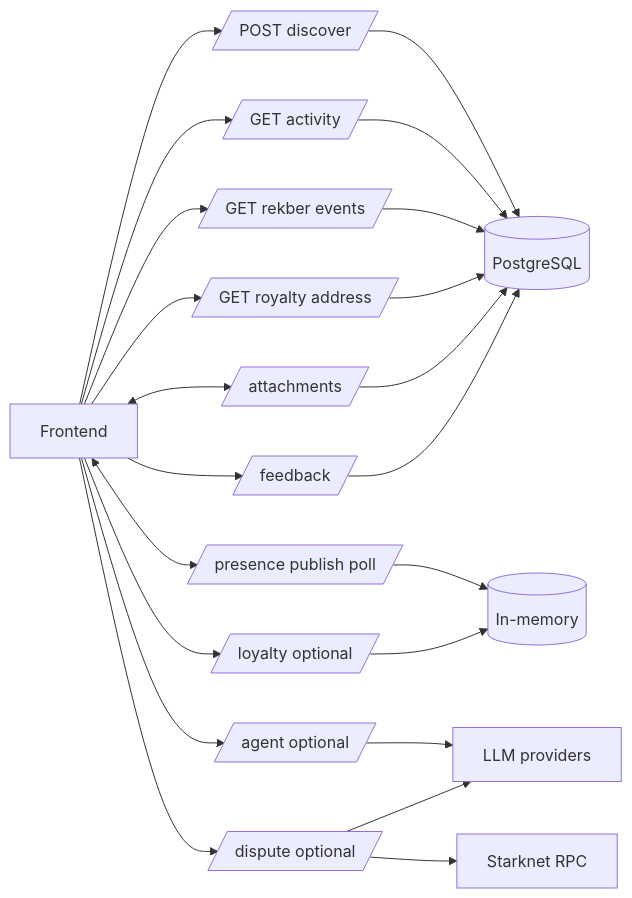
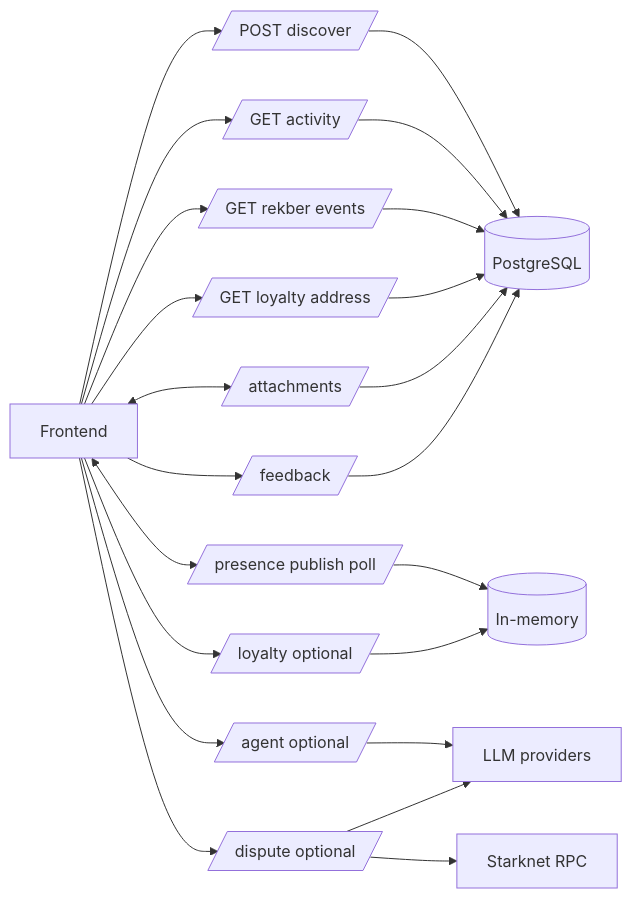
One commit to DXJLabs/vinss changed the third of 4 diagrams in docs/technical/backend/api-reference.md. Above: the diagram before and after it, drawn with Mermaid. The commit also changed other lines of this file and 14 other files, not shown here.

````diff
--- a/docs/technical/backend/api-reference.md
+++ b/docs/technical/backend/api-reference.md
@@ -3847,50 +3847,50 @@
 ```mermaid
 flowchart LR
     FE[Frontend]
 
     D[/POST discover/]
     A[/GET activity/]
     R[/GET rekber events/]
-    RO[/GET royalty address/]
+    RO[/GET loyalty address/]
 
     P[/presence publish poll/]
     AT[/attachments/]
     F[/feedback/]
 
     AG[/agent optional/]
     DI[/dispute optional/]
     L[/loyalty optional/]
 
     DB[(PostgreSQL)]
     MEM[(In-memory)]
     RPC[Starknet RPC]
     LLM[LLM providers]
 
     FE --> D
     FE --> A
     FE --> R
     FE --> RO
 
     FE <--> P
     FE <--> AT
     FE --> F
 
     FE --> AG
     FE --> DI
     FE --> L
 
     D --> DB
     A --> DB
     R --> DB
     RO --> DB
 
     AT --> DB
     F --> DB
 
     P --> MEM
     L --> MEM
 
     AG --> LLM
     DI --> LLM
     DI --> RPC
 ```
````
